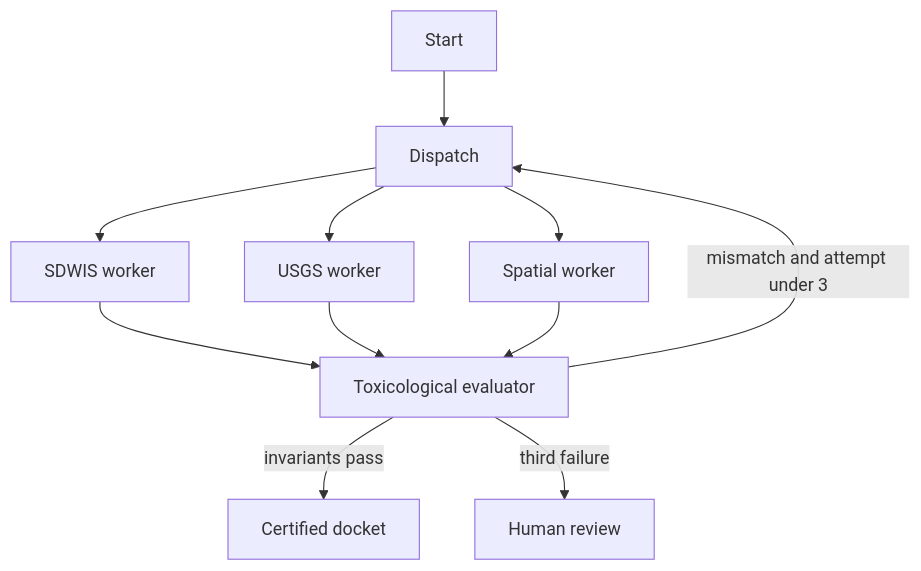
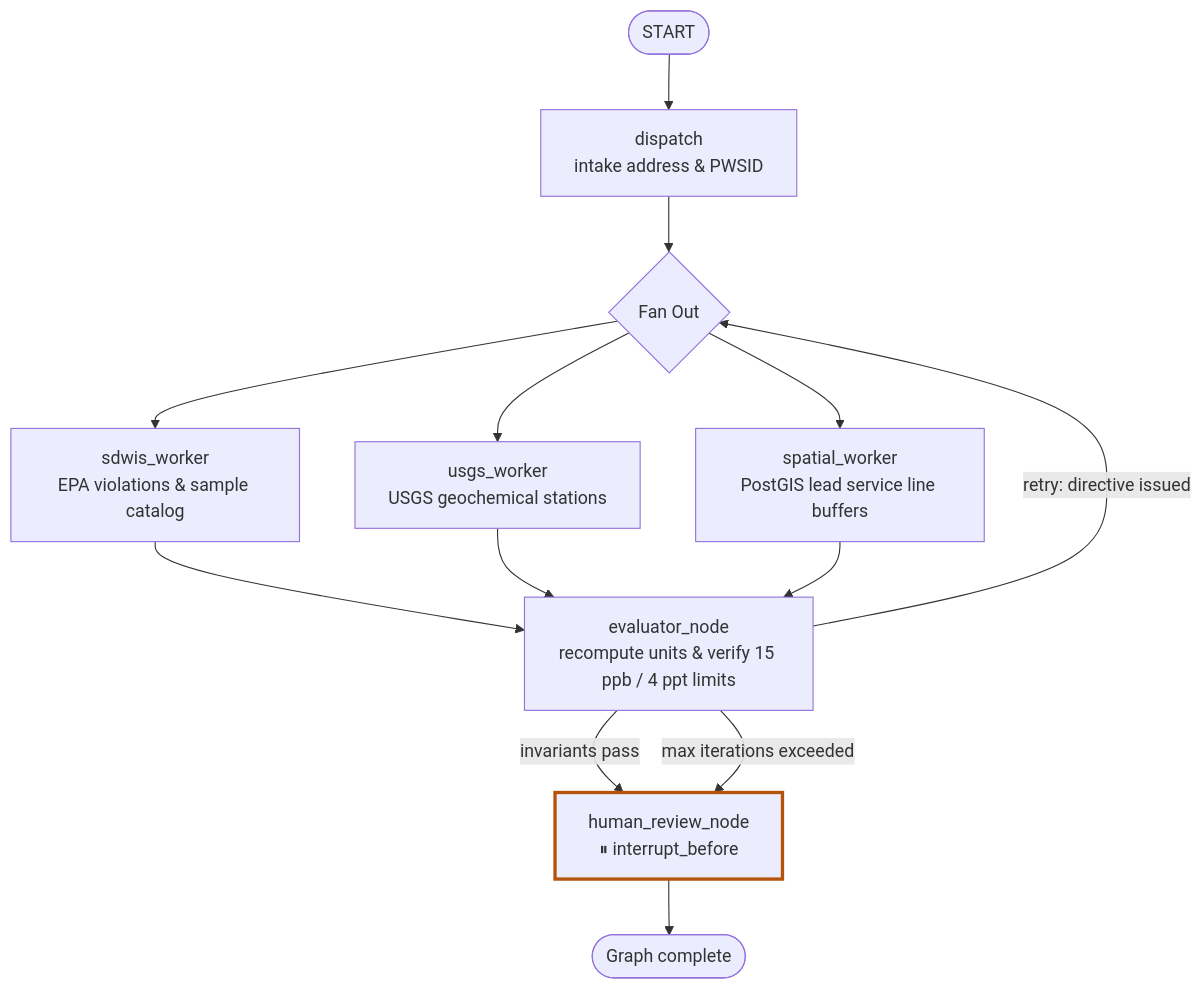
Before and after one commit to sumit-sh2009/AquaSentry: the second of 4 diagrams in README.md, drawn with Mermaid. The commit also changed other lines of this file and 58 other files, not shown here.

````diff
--- a/README.md
+++ b/README.md
@@ -24,13 +139,21 @@
 ```mermaid
-flowchart TD
-  startNode[Start] --> dispatch[Dispatch]
-  dispatch --> sdwis[SDWIS worker]
-  dispatch --> usgs[USGS worker]
-  dispatch --> spatial[Spatial worker]
-  sdwis --> evaluator[Toxicological evaluator]
-  usgs --> evaluator
-  spatial --> evaluator
-  evaluator -->|invariants pass| certified[Certified docket]
-  evaluator -->|mismatch and attempt under 3| dispatch
-  evaluator -->|third failure| humanReview[Human review]
+flowchart TB
+    START([START]) --> dispatch[dispatch<br/>intake address & PWSID]
+    dispatch --> fanout{Fan Out}
+    
+    fanout --> w_sdwis[sdwis_worker<br/>EPA violations & sample catalog]
+    fanout --> w_usgs[usgs_worker<br/>USGS geochemical stations]
+    fanout --> w_spatial[spatial_worker<br/>PostGIS lead service line buffers]
+    
+    w_sdwis --> eval[evaluator_node<br/>recompute units & verify 15 ppb / 4 ppt limits]
+    w_usgs --> eval
+    w_spatial --> eval
+    
+    eval -->|invariants pass| hr[human_review_node<br/>⏸ interrupt_before]
+    eval -->|retry: directive issued| fanout
+    eval -->|max iterations exceeded| hr
+    
+    hr --> DONE([Graph complete])
+    
+    style hr stroke:#b45309,stroke-width:3px
 ```
````
